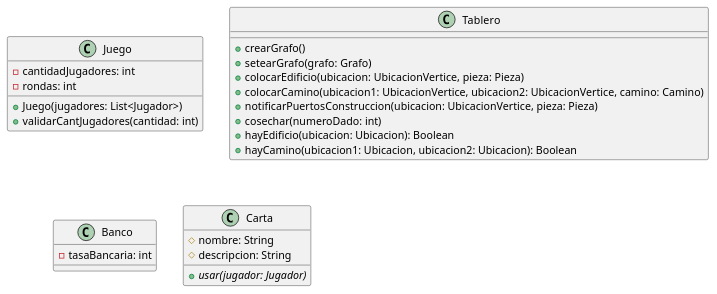
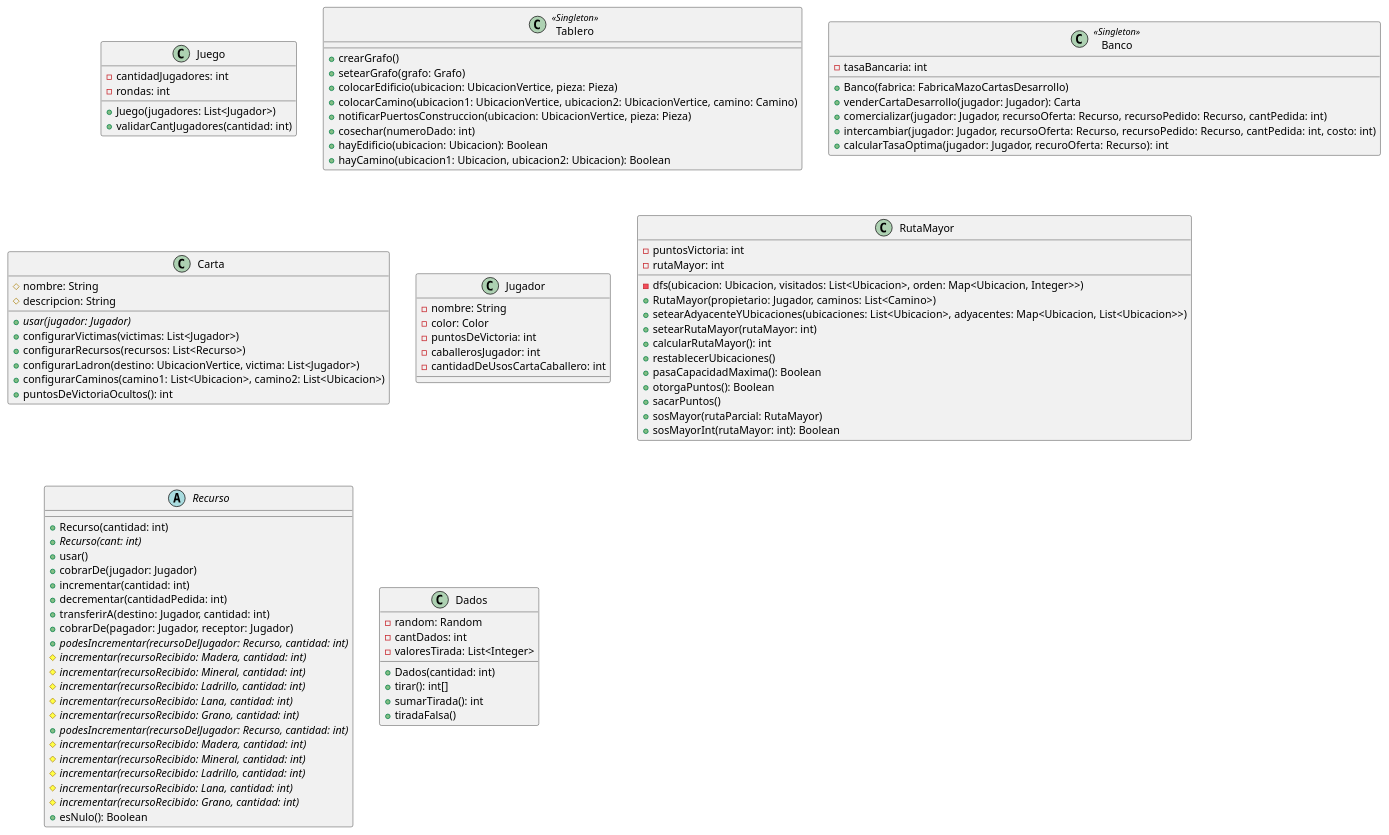
The diagram in diagramas/DiagramaDeClasesJuego.puml (Daiana-Aldrey/g02-tp2-2c-2025), drawn with PlantUML before and after one commit. The commit also changed 5 other files, not shown here.

Commit message:
Agrego diagramas

```diff
--- a/diagramas/DiagramaDeClasesJuego.puml
+++ b/diagramas/DiagramaDeClasesJuego.puml
@@ -1,31 +1,100 @@
 @startuml
 class Juego {
     -cantidadJugadores: int
     -rondas: int
     +Juego(jugadores: List<Jugador>)
     +validarCantJugadores(cantidad: int)
 }
 
-class Tablero {
+class Tablero <<Singleton>> {
   +crearGrafo()
   +setearGrafo(grafo: Grafo)
   +colocarEdificio(ubicacion: UbicacionVertice, pieza: Pieza)
   +colocarCamino(ubicacion1: UbicacionVertice, ubicacion2: UbicacionVertice, camino: Camino)
   +notificarPuertosConstruccion(ubicacion: UbicacionVertice, pieza: Pieza)
   +cosechar(numeroDado: int)
   +hayEdificio(ubicacion: Ubicacion): Boolean
   +hayCamino(ubicacion1: Ubicacion, ubicacion2: Ubicacion): Boolean
 }
 
-class Banco {
+class Banco <<Singleton>> {
    -tasaBancaria: int
+   +Banco(fabrica: FabricaMazoCartasDesarrollo)
+   +venderCartaDesarrollo(jugador: Jugador): Carta
+   +comercializar(jugador: Jugador, recursoOferta: Recurso, recursoPedido: Recurso, cantPedida: int)
+   +intercambiar(jugador: Jugador, recursoOferta: Recurso, recursoPedido: Recurso, cantPedida: int, costo: int)
+   +calcularTasaOptima(jugador: Jugador, recuroOferta: Recurso): int
 }
 
 class Carta {
    #nombre: String
    #descripcion: String
    +{abstract}usar(jugador: Jugador)
+   +configurarVictimas(victimas: List<Jugador>)
+   +configurarRecursos(recursos: List<Recurso>)
+   +configurarLadron(destino: UbicacionVertice, victima: List<Jugador>)
+   +configurarCaminos(camino1: List<Ubicacion>, camino2: List<Ubicacion>)
+   +puntosDeVictoriaOcultos(): int
 }
 
+class Jugador {
+   -nombre: String
+   -color: Color
+   -puntosDeVictoria: int
+   -caballerosJugador: int
+   -cantidadDeUsosCartaCaballero: int
+
+}
+
+class RutaMayor {
+   -puntosVictoria: int
+   -rutaMayor: int
+   -dfs(ubicacion: Ubicacion, visitados: List<Ubicacion>, orden: Map<Ubicacion, Integer>>)
+   +RutaMayor(propietario: Jugador, caminos: List<Camino>)
+   +setearAdyacenteYUbicaciones(ubicaciones: List<Ubicacion>, adyacentes: Map<Ubicacion, List<Ubicacion>>)
+   +setearRutaMayor(rutaMayor: int)
+   +calcularRutaMayor(): int
+   +restablecerUbicaciones()
+   +pasaCapacidadMaxima(): Boolean
+   +otorgaPuntos(): Boolean
+   +sacarPuntos()
+   +sosMayor(rutaParcial: RutaMayor)
+   +sosMayorInt(rutaMayor: int): Boolean
+}
+
+abstract class Recurso {
+   +Recurso(cantidad: int)
+   +{abstract}Recurso(cant: int)
+   +usar()
+   +cobrarDe(jugador: Jugador)
+   +incrementar(cantidad: int)
+   +decrementar(cantidadPedida: int)
+   +transferirA(destino: Jugador, cantidad: int)
+   +cobrarDe(pagador: Jugador, receptor: Jugador)
+   +{abstract}podesIncrementar(recursoDelJugador: Recurso, cantidad: int)
+   #{abstract}incrementar(recursoRecibido: Madera, cantidad: int)
+   #{abstract}incrementar(recursoRecibido: Mineral, cantidad: int)
+   #{abstract}incrementar(recursoRecibido: Ladrillo, cantidad: int)
+   #{abstract}incrementar(recursoRecibido: Lana, cantidad: int)
+   #{abstract}incrementar(recursoRecibido: Grano, cantidad: int)
+   +{abstract}podesIncrementar(recursoDelJugador: Recurso, cantidad: int)
+   #{abstract}incrementar(recursoRecibido: Madera, cantidad: int)
+   #{abstract}incrementar(recursoRecibido: Mineral, cantidad: int)
+   #{abstract}incrementar(recursoRecibido: Ladrillo, cantidad: int)
+   #{abstract}incrementar(recursoRecibido: Lana, cantidad: int)
+   #{abstract}incrementar(recursoRecibido: Grano, cantidad: int)
+   +esNulo(): Boolean
+}
+
+class Dados {
+   -random: Random
+   -cantDados: int
+   -valoresTirada: List<Integer>
+   +Dados(cantidad: int)
+   +tirar(): int[]
+   +sumarTirada(): int
+   +tiradaFalsa()
+
+}
 
 @enduml
```
